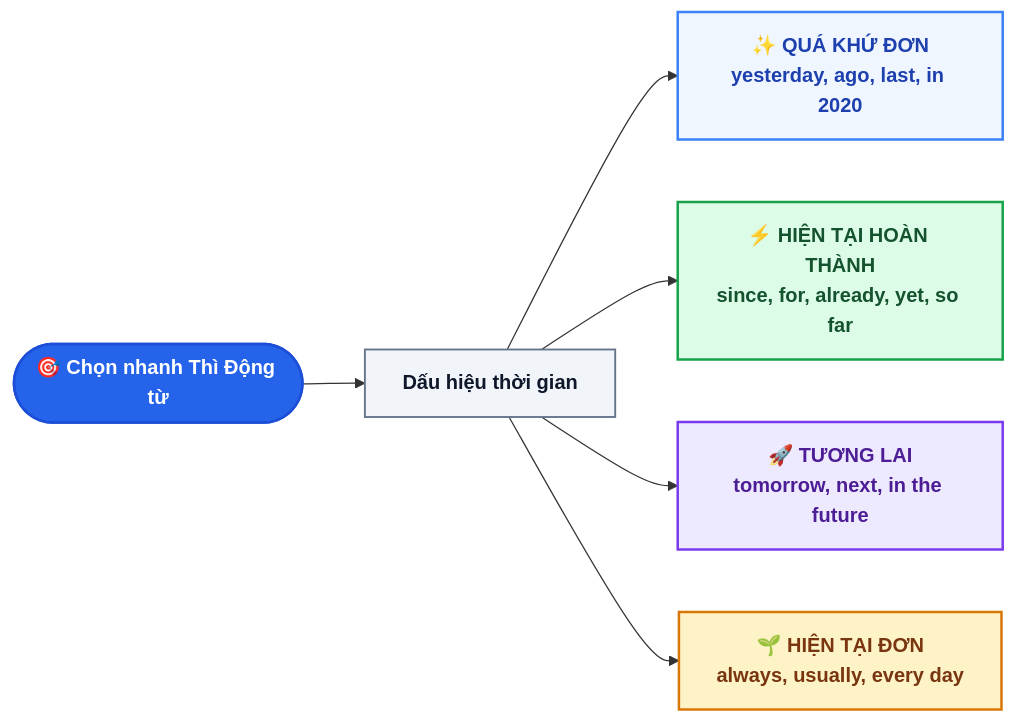
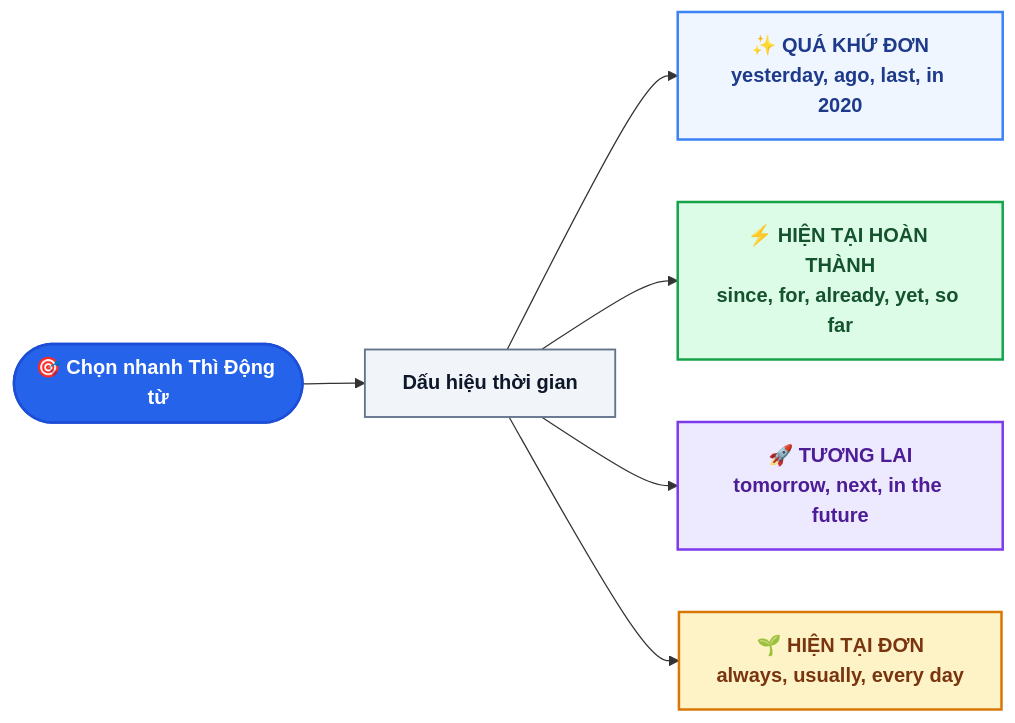
The diagram in EnglishDocs/docs/lessons/chuyen_de_2_12_thi_mastery.md (tuankiet2510/Grade10Entrance), drawn with Mermaid before and after one commit. The commit also changed 14 other files, not shown here.

Commit message:
fix(ui): resolve Mermaid dark/light contrast issue across all English lessons

````diff
--- a/EnglishDocs/docs/lessons/chuyen_de_2_12_thi_mastery.md
+++ b/EnglishDocs/docs/lessons/chuyen_de_2_12_thi_mastery.md
@@ -27,15 +27,15 @@
 ```mermaid
 flowchart LR
     A(["🎯 Chọn nhanh Thì Động từ"]) --> B["Dấu hiệu thời gian"]
     B --> C["✨ QUÁ KHỨ ĐƠN<br/>yesterday, ago, last, in 2020"]
     B --> D["⚡ HIỆN TẠI HOÀN THÀNH<br/>since, for, already, yet, so far"]
     B --> E["🚀 TƯƠNG LAI<br/>tomorrow, next, in the future"]
     B --> F["🌱 HIỆN TẠI ĐƠN<br/>always, usually, every day"]
     
     style A fill:#2563eb,stroke:#1d4ed8,stroke-width:2px,color:#ffffff,font-weight:bold
     style B fill:#f1f5f9,stroke:#64748b,stroke-width:1.5px,color:#0f172a,font-weight:bold
-    style C fill:#eff6ff,stroke:#3b82f6,stroke-width:2px,color:#1e40af,font-weight:bold
+    style C fill:#eff6ff,stroke:#3b82f6,stroke-width:2px,color:#1e3a8a,font-weight:bold
     style D fill:#dcfce7,stroke:#16a34a,stroke-width:2px,color:#14532d,font-weight:bold
     style E fill:#ede9fe,stroke:#7c3aed,stroke-width:2px,color:#4c1d95,font-weight:bold
     style F fill:#fef3c7,stroke:#d97706,stroke-width:2px,color:#78350f,font-weight:bold
 ```
````
